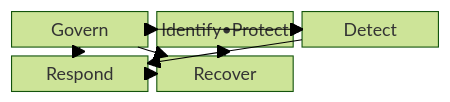
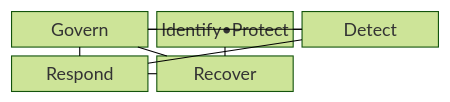
One commit to agnusdei1207/knowledge-base changed the first of 2 diagrams in src/content/docs/notes/05-security/111_nist_csf.md. Above: the diagram before and after it, drawn with Mermaid (forest theme). The commit also changed other lines of this file and 493 other files, not shown here.

````diff
--- a/src/content/docs/notes/05-security/111_nist_csf.md
+++ b/src/content/docs/notes/05-security/111_nist_csf.md
@@ -66,17 +66,17 @@
 ```mermaid
-block
+block-beta
   columns 3
   G["Govern"]
   IP["Identify•Protect"]
   D["Detect"]
   RS["Respond"]
   RC["Recover"]
-  G --> IP
-  G --> D
-  G --> RS
-  G --> RC
-  IP --> D
-  D --> RS
-  RS --> RC
-  RC --> IP
+  G --- IP
+  G --- D
+  G --- RS
+  G --- RC
+  IP --- D
+  D --- RS
+  RS --- RC
+  RC --- IP
 ```
````
